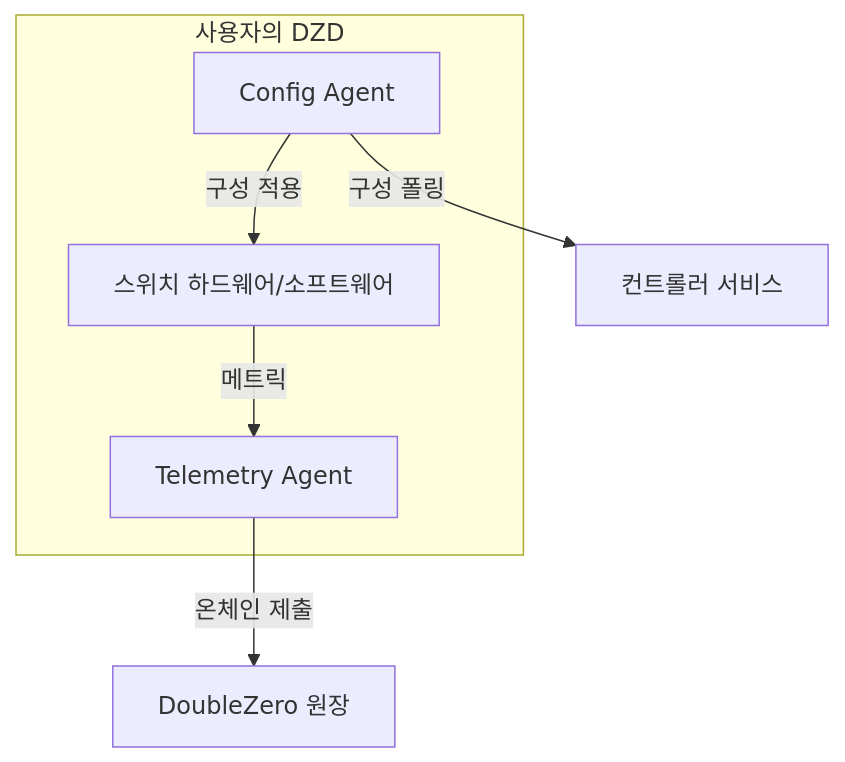
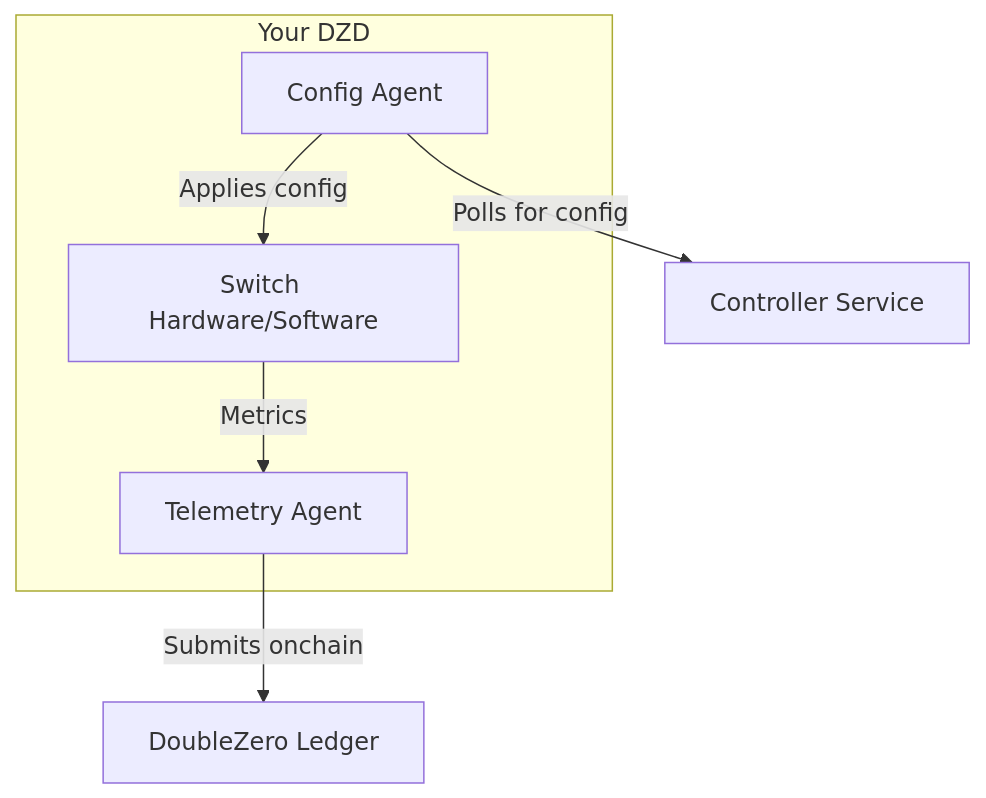
Diagram 12 of 13 in docs/contribute-provisioning.ko.md (malbeclabs/docs), drawn with Mermaid before and after one commit. The commit also changed other lines of this file and 130 other files, not shown here.

````diff
--- a/docs/contribute-provisioning.ko.md
+++ b/docs/contribute-provisioning.ko.md
@@ -766,14 +766,14 @@
 ```mermaid
 flowchart TB
-    subgraph "사용자의 DZD"
+    subgraph "Your DZD"
         CA[Config Agent]
         TA[Telemetry Agent]
-        HW[스위치 하드웨어/소프트웨어]
+        HW[Switch Hardware/Software]
     end
 
-    CA -->|구성 폴링| CTRL[컨트롤러 서비스]
-    CA -->|구성 적용| HW
+    CA -->|Polls for config| CTRL[Controller Service]
+    CA -->|Applies config| HW
 
-    HW -->|메트릭| TA
-    TA -->|온체인 제출| BC[DoubleZero 원장]
+    HW -->|Metrics| TA
+    TA -->|Submits onchain| BC[DoubleZero Ledger]
 ```
````
